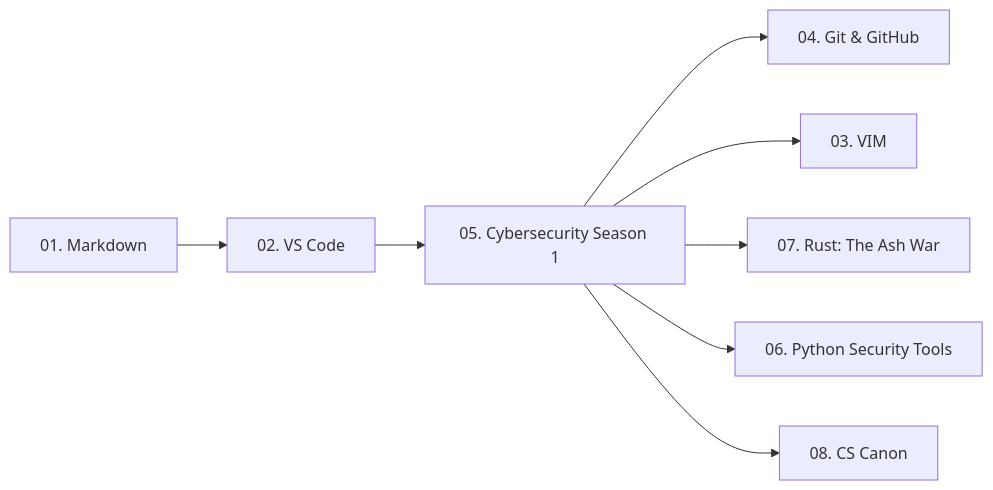
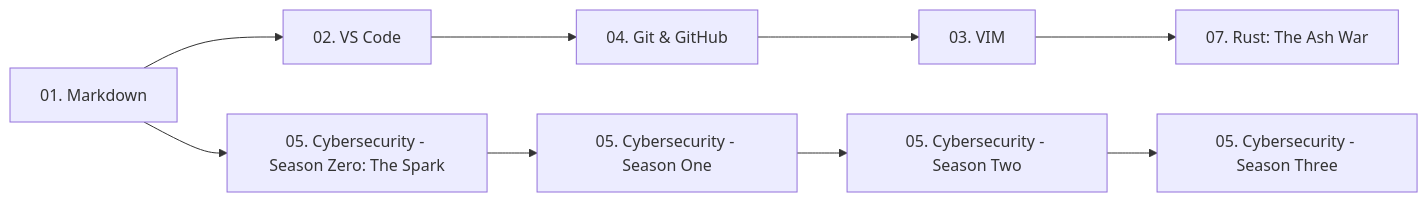
The second of 2 diagrams in README.md (TheSilentOne-creator/The-Book-of-the-Night-Keeper), drawn with Mermaid before and after one commit. The commit also changed other lines of this file and 2 other files, not shown here.

````diff
--- a/README.md
+++ b/README.md
@@ -326,10 +328,12 @@
 ```mermaid
 flowchart LR
     A[01. Markdown] --> B[02. VS Code]
-    B --> C[05. Cybersecurity Season 1]
-    C --> D[04. Git & GitHub]
-    C --> E[03. VIM]
-    C --> F[07. Rust: The Ash War]
-    C --> G[06. Python Security Tools]
-    C --> H[08. CS Canon]
+    A --> C[05. Cybersecurity - Season Zero: The Spark]
+    B --> D[04. Git & GitHub]
+    C --> E[05. Cybersecurity - Season One]
+    D --> F[03. VIM]
+    E --> G[05. Cybersecurity - Season Two]
+    G --> H[05. Cybersecurity - Season Three]
+    F --> I[07. Rust: The Ash War]
+    
 ```
````
